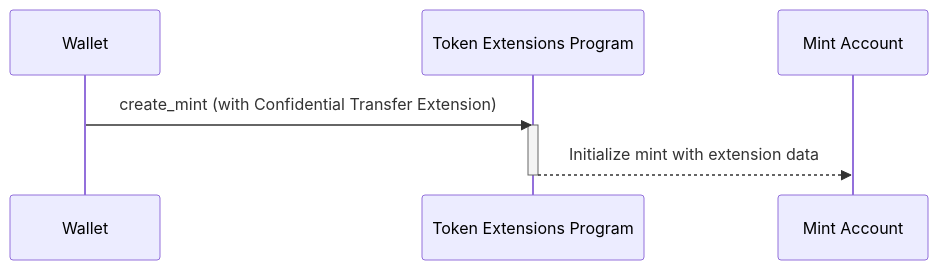
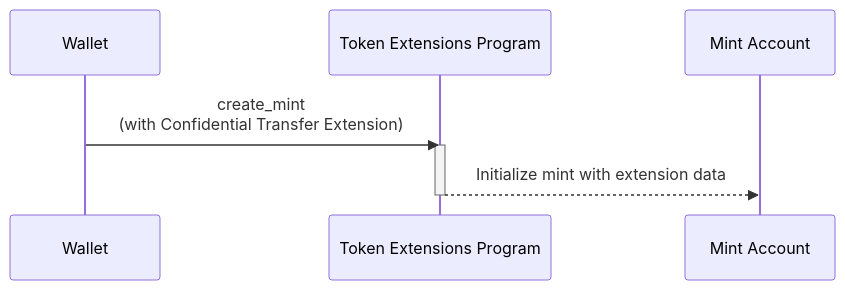
The diagram in content/docs/tokens/extensions/confidential-transfer/create-mint.mdx (solana-foundation/solana-com), drawn with Mermaid before and after one commit. The commit also changed other lines of this file, not shown here.

Commit message:
confidential transfer create mint page draft

````diff
--- a/content/docs/tokens/extensions/confidential-transfer/create-mint.mdx
+++ b/content/docs/tokens/extensions/confidential-transfer/create-mint.mdx
@@ -9,11 +13,11 @@
 ```mermaid title="Create Mint with Confidential Transfer Extension"
 sequenceDiagram
     participant Payer as Wallet
     participant Token22 as Token Extensions Program
     participant Mint as Mint Account
 
-    Payer->>Token22: create_mint (with Confidential Transfer Extension)
+    Payer->>Token22: create_mint <br>(with Confidential Transfer Extension)
     activate Token22
     Token22-->>Mint: Initialize mint with extension data
     deactivate Token22
 ```
````
